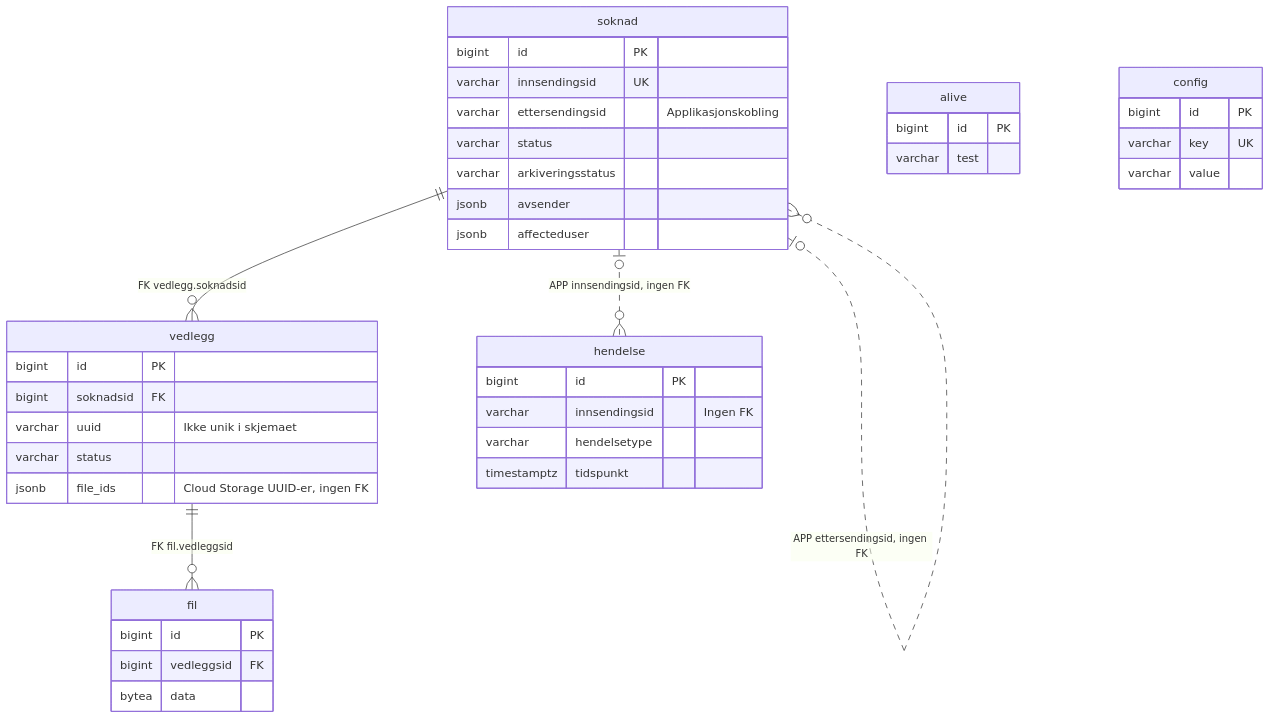
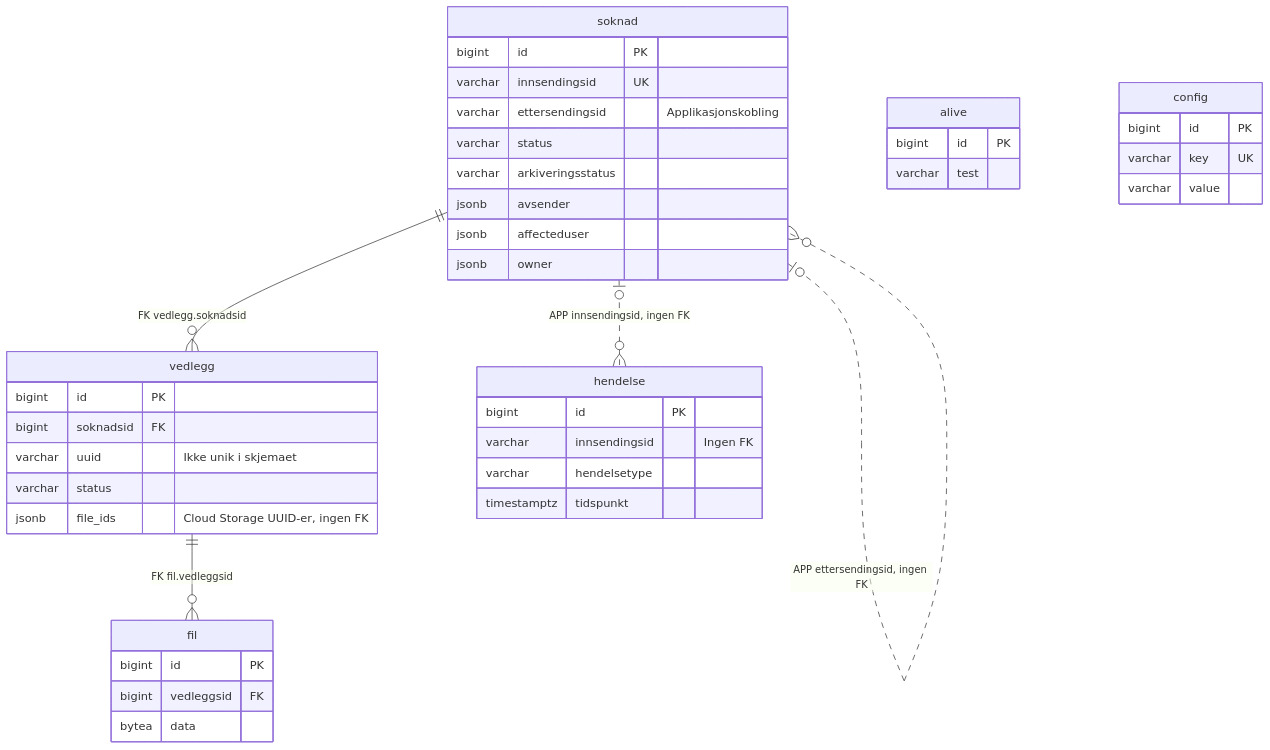
Before and after one commit to navikt/innsending-api: the diagram in docs/database-schema.md, drawn with Mermaid. The commit also changed other lines of this file and 19 other files, not shown here.

````diff
--- a/docs/database-schema.md
+++ b/docs/database-schema.md
@@ -15,44 +15,45 @@
 ```mermaid
 erDiagram
     soknad ||--o{ vedlegg : "FK vedlegg.soknadsid"
     vedlegg ||--o{ fil : "FK fil.vedleggsid"
     soknad |o..o{ hendelse : "APP innsendingsid, ingen FK"
     soknad |o..o{ soknad : "APP ettersendingsid, ingen FK"
 
     soknad {
         bigint id PK
         varchar innsendingsid UK
         varchar ettersendingsid "Applikasjonskobling"
         varchar status
         varchar arkiveringsstatus
         jsonb avsender
         jsonb affecteduser
+        jsonb owner
     }
     vedlegg {
         bigint id PK
         bigint soknadsid FK
         varchar uuid "Ikke unik i skjemaet"
         varchar status
         jsonb file_ids "Cloud Storage UUID-er, ingen FK"
     }
     fil {
         bigint id PK
         bigint vedleggsid FK
         bytea data
     }
     hendelse {
         bigint id PK
         varchar innsendingsid "Ingen FK"
         varchar hendelsetype
         timestamptz tidspunkt
     }
     alive {
         bigint id PK
         varchar test
     }
     config {
         bigint id PK
         varchar key UK
         varchar value
     }
 ```
````
